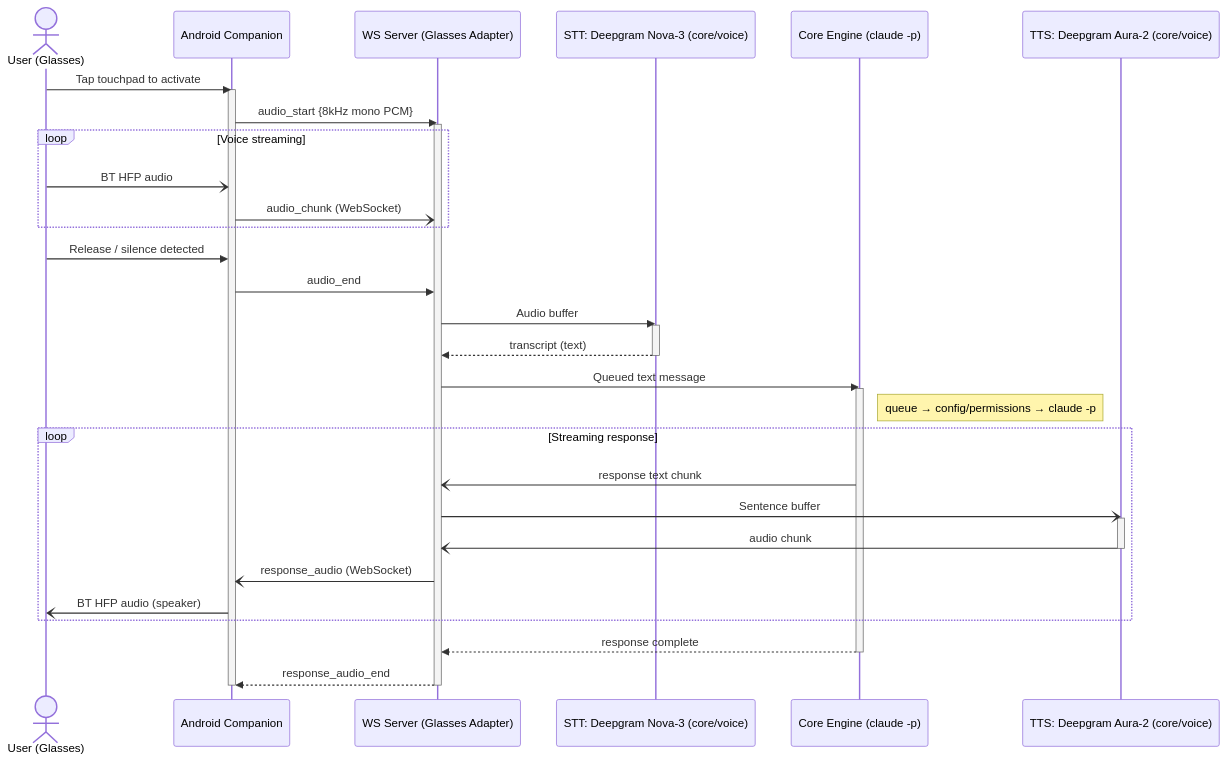
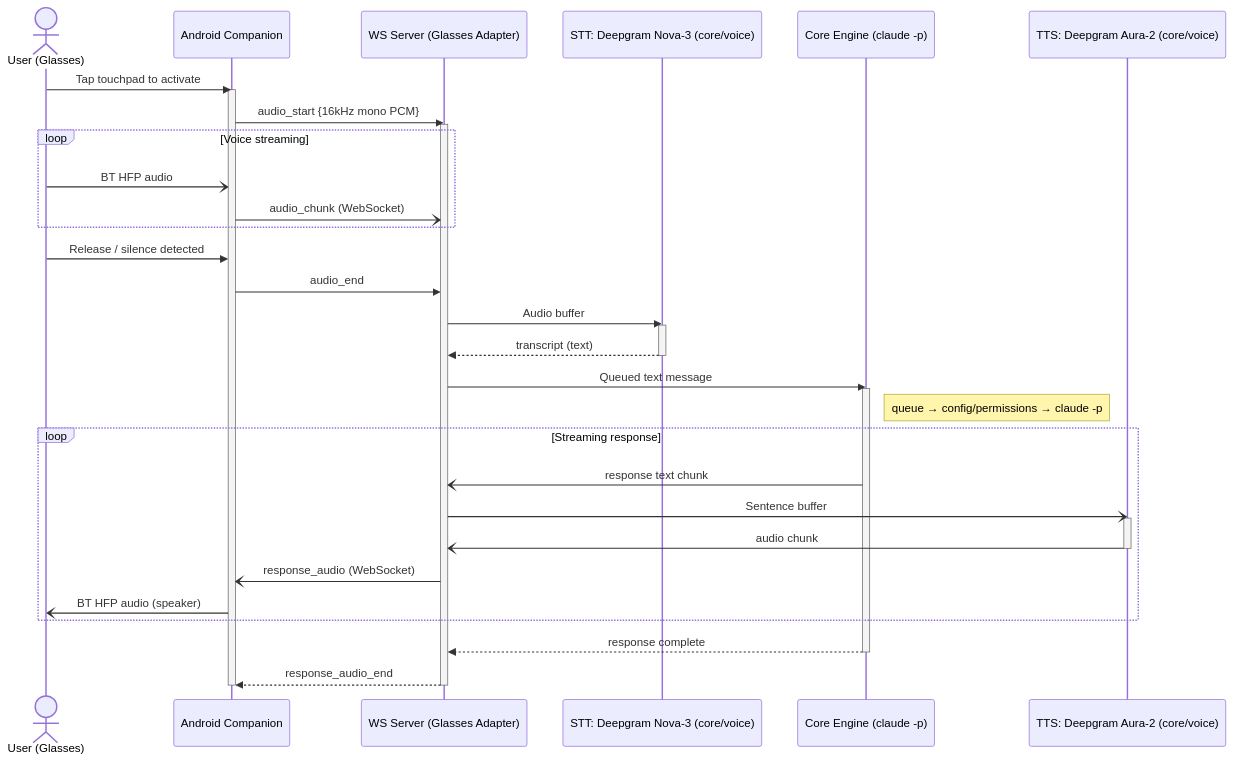
One commit to szerintedmi/claudeway changed the diagram in docs/specs/2026-03-16-meta-glasses-channel.md. Above: the diagram before and after it, drawn with Mermaid. The commit also changed other lines of this file and 7 other files, not shown here.

````diff
--- a/docs/specs/2026-03-16-meta-glasses-channel.md
+++ b/docs/specs/2026-03-16-meta-glasses-channel.md
@@ -153,47 +153,47 @@
 ```mermaid
 sequenceDiagram
     actor User as User (Glasses)
     participant App as Android Companion
     participant WS as WS Server (Glasses Adapter)
     participant STT as STT: Deepgram Nova-3 (core/voice)
     participant Engine as Core Engine (claude -p)
     participant TTS as TTS: Deepgram Aura-2 (core/voice)
 
     User->>App: Tap touchpad to activate
     activate App
-    App->>WS: audio_start {8kHz mono PCM}
+    App->>WS: audio_start {16kHz mono PCM}
     activate WS
 
     loop Voice streaming
         User-)App: BT HFP audio
         App-)WS: audio_chunk (WebSocket)
     end
 
     User->>App: Release / silence detected
     App->>WS: audio_end
 
     WS->>STT: Audio buffer
     activate STT
     STT-->>WS: transcript (text)
     deactivate STT
 
     WS->>Engine: Queued text message
     activate Engine
     Note right of Engine: queue → config/permissions → claude -p
 
     loop Streaming response
         Engine-)WS: response text chunk
         WS-)TTS: Sentence buffer
         activate TTS
         TTS-)WS: audio chunk
         deactivate TTS
         WS-)App: response_audio (WebSocket)
         App-)User: BT HFP audio (speaker)
     end
 
     Engine-->>WS: response complete
     deactivate Engine
     WS-->>App: response_audio_end
     deactivate WS
     deactivate App
 ```
````
